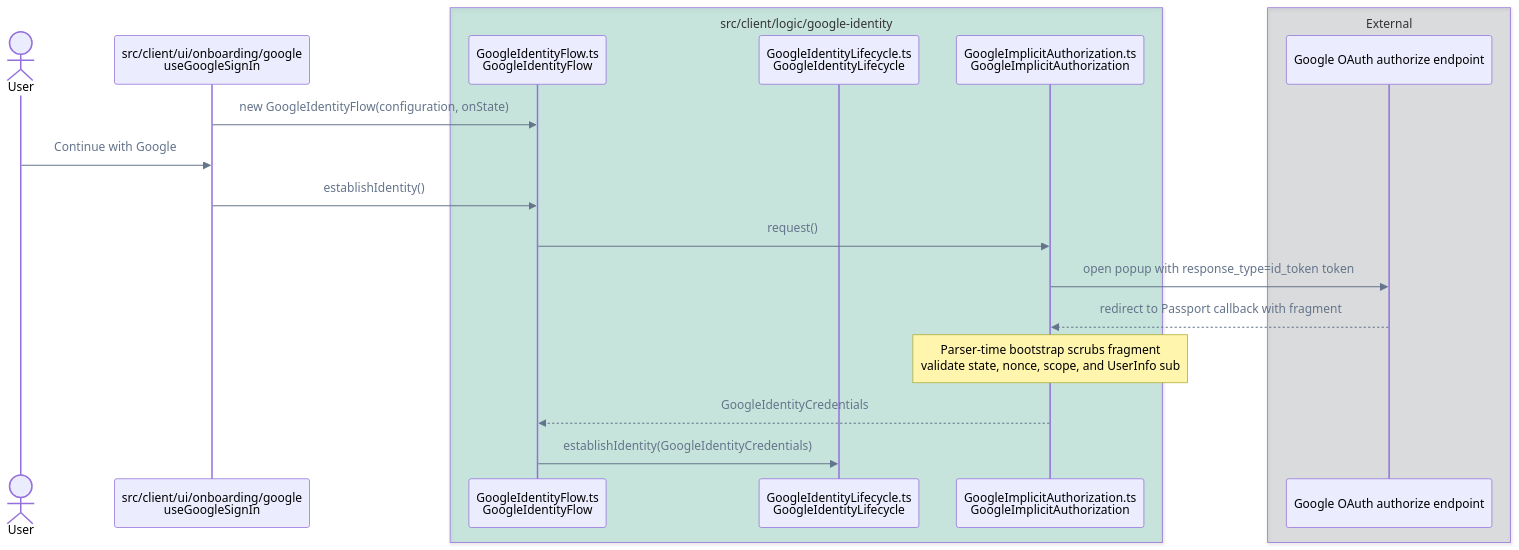
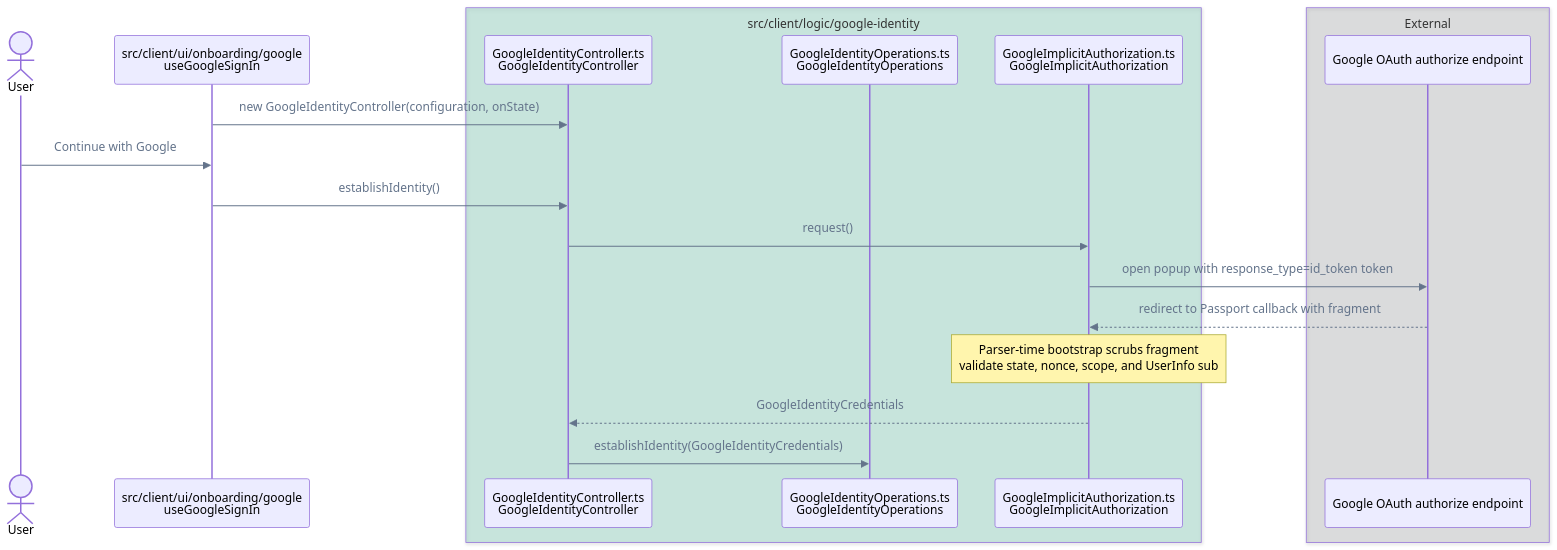
One commit to pubky/pubky-passport changed the seventh of 14 diagrams in FLOWS.md. Above: the diagram before and after it, drawn with Mermaid. The commit also changed other lines of this file and 22 other files, not shown here.

Commit message:
refactor: use repo naming conventions in google-identity

````diff
--- a/FLOWS.md
+++ b/FLOWS.md
@@ -291,26 +291,26 @@
 ```mermaid
 %%{init: {"themeVariables": {"signalColor": "#64748B", "signalTextColor": "#64748B"}}}%%
 sequenceDiagram
     accTitle: Single Google implicit popup call flow
     accDescr: One user click requests identity and Drive scopes; the callback fragment is scrubbed during HTML parsing and credentials remain browser-only.
     actor User
     participant UI as src/client/ui/onboarding/google<br/>useGoogleSignIn
     box rgba(0, 158, 115, 0.18) src/client/logic/google-identity
-        participant GoogleFlow as GoogleIdentityFlow.ts<br/>GoogleIdentityFlow
-        participant Operations as GoogleIdentityLifecycle.ts<br/>GoogleIdentityLifecycle
+        participant GoogleController as GoogleIdentityController.ts<br/>GoogleIdentityController
+        participant Operations as GoogleIdentityOperations.ts<br/>GoogleIdentityOperations
         participant Authorization as GoogleImplicitAuthorization.ts<br/>GoogleImplicitAuthorization
     end
     box rgba(17, 24, 39, 0.12) External
         participant OAuth as Google OAuth authorize endpoint
     end
 
-    UI->>GoogleFlow: new GoogleIdentityFlow(configuration, onState)
+    UI->>GoogleController: new GoogleIdentityController(configuration, onState)
     User->>UI: Continue with Google
-    UI->>GoogleFlow: establishIdentity()
-    GoogleFlow->>Authorization: request()
+    UI->>GoogleController: establishIdentity()
+    GoogleController->>Authorization: request()
     Authorization->>OAuth: open popup with response_type=id_token token
     OAuth-->>Authorization: redirect to Passport callback with fragment
     Note over Authorization: Parser-time bootstrap scrubs fragment<br/>validate state, nonce, scope, and UserInfo sub
-    Authorization-->>GoogleFlow: GoogleIdentityCredentials
-    GoogleFlow->>Operations: establishIdentity(GoogleIdentityCredentials)
+    Authorization-->>GoogleController: GoogleIdentityCredentials
+    GoogleController->>Operations: establishIdentity(GoogleIdentityCredentials)
 ```
````
